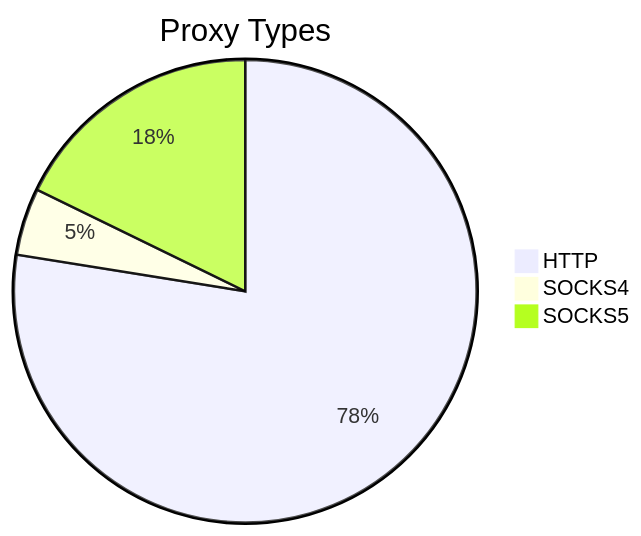
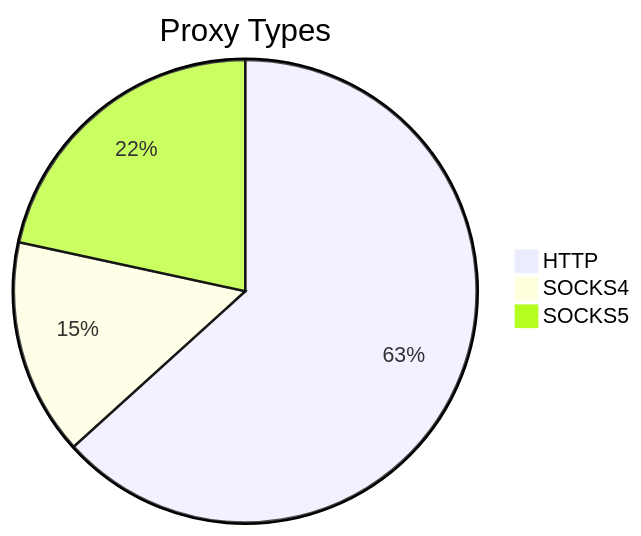
Before and after one commit to stormsia/proxy-list: the first of 2 diagrams in README.md, drawn with Mermaid. The commit also changed other lines of this file, not shown here.

````diff
--- a/README.md
+++ b/README.md
@@ -21,6 +21,6 @@
 ```mermaid
 pie title Proxy Types
-    "HTTP" : 314
-    "SOCKS4" : 19
-    "SOCKS5" : 72
+    "HTTP" : 293
+    "SOCKS4" : 70
+    "SOCKS5" : 100
 ```
````
